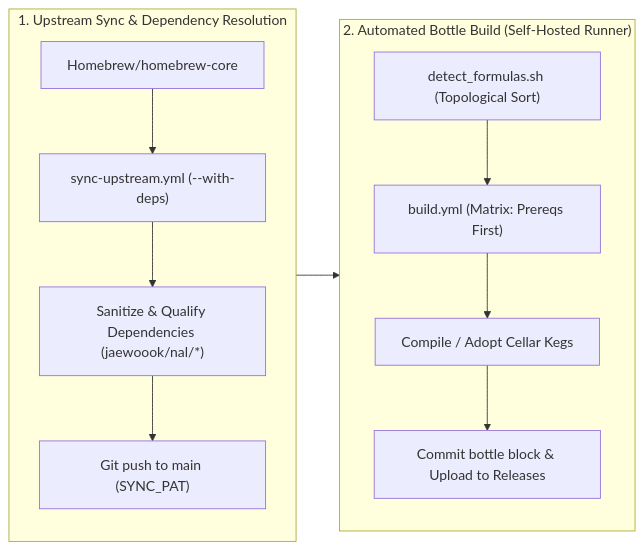
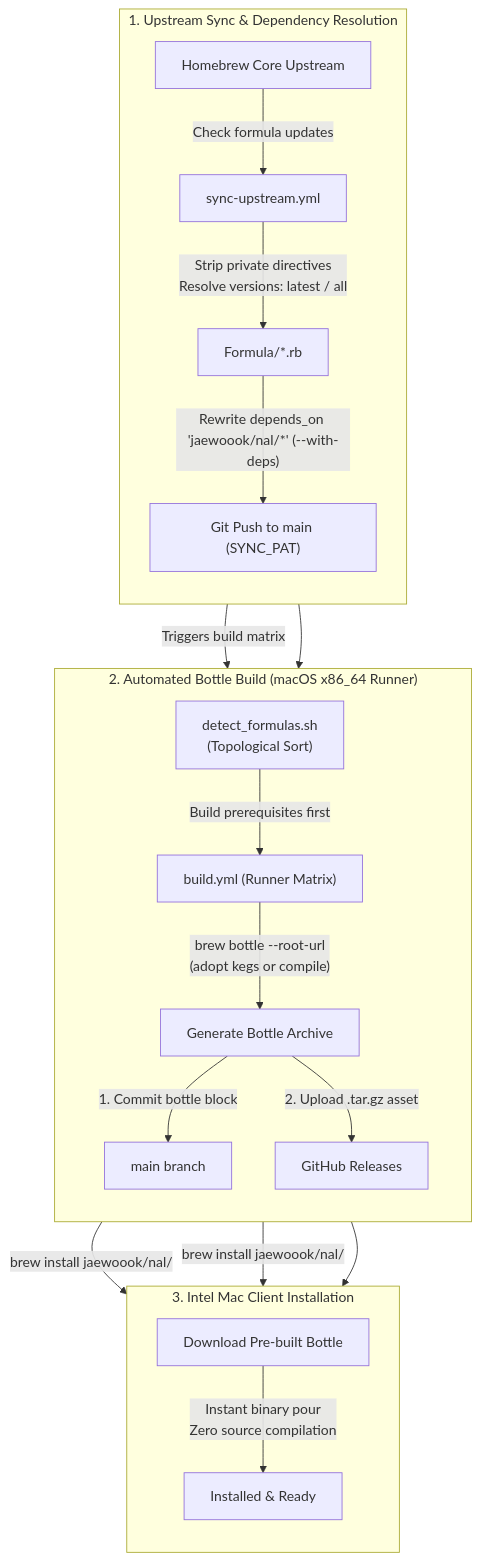
The diagram in README.md (Jaewoook/homebrew-nal), drawn with Mermaid before and after one commit. The commit also changed other lines of this file and 6 other files, not shown here.

Commit message:
Support multiple formula versions and improve architecture mermaid graph

````diff
--- a/README.md
+++ b/README.md
@@ -48,17 +71,26 @@
 ```mermaid
-flowchart LR
-    subgraph Sync ["1. Upstream Sync & Dependency Resolution"]
+flowchart TD
+    subgraph S1 ["1. Upstream Sync & Dependency Resolution"]
         direction TB
-        A["Homebrew/homebrew-core"] --> B["sync-upstream.yml (--with-deps)"]
-        B --> C["Sanitize & Qualify Dependencies (jaewoook/nal/*)"]
-        C --> D["Git push to main (SYNC_PAT)"]
+        A["Homebrew Core Upstream"] -->|"Check formula updates"| B["sync-upstream.yml"]
+        B -->|"Strip private directives\nResolve versions: latest / all"| C["Formula/*.rb"]
+        C -->|"Rewrite depends_on 'jaewoook/nal/*' (--with-deps)"| D["Git Push to main (SYNC_PAT)"]
     end
 
-    subgraph Build ["2. Automated Bottle Build (Self-Hosted Runner)"]
+    subgraph S2 ["2. Automated Bottle Build (macOS x86_64 Runner)"]
         direction TB
-        D --> E["detect_formulas.sh (Topological Sort)"]
-        E --> F["build.yml (Matrix: Prereqs First)"]
-        F --> G["Compile / Adopt Cellar Kegs"]
-        G --> H["Commit bottle block & Upload to Releases"]
+        D -->|"Triggers build matrix"| E["detect_formulas.sh\n(Topological Sort)"]
+        E -->|"Build prerequisites first"| F["build.yml (Runner Matrix)"]
+        F -->|"brew bottle --root-url\n(adopt kegs or compile)"| G["Generate Bottle Archive"]
+        G -->|"1. Commit bottle block"| H["main branch"]
+        G -->|"2. Upload .tar.gz asset"| I["GitHub Releases"]
     end
+
+    subgraph S3 ["3. Intel Mac Client Installation"]
+        direction TB
+        H & I -->|"brew install jaewoook/nal/<formula>"| J["Download Pre-built Bottle"]
+        J -->|"Instant binary pour\nZero source compilation"| K["Installed & Ready"]
+    end
+
+    S1 --> S2 --> S3
 ```
````
